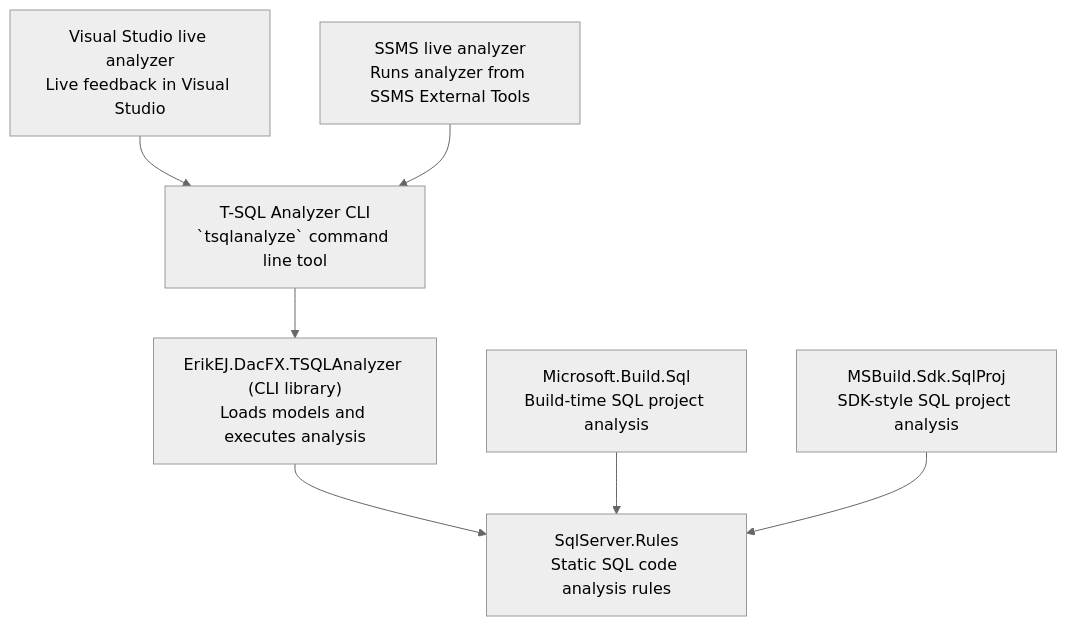
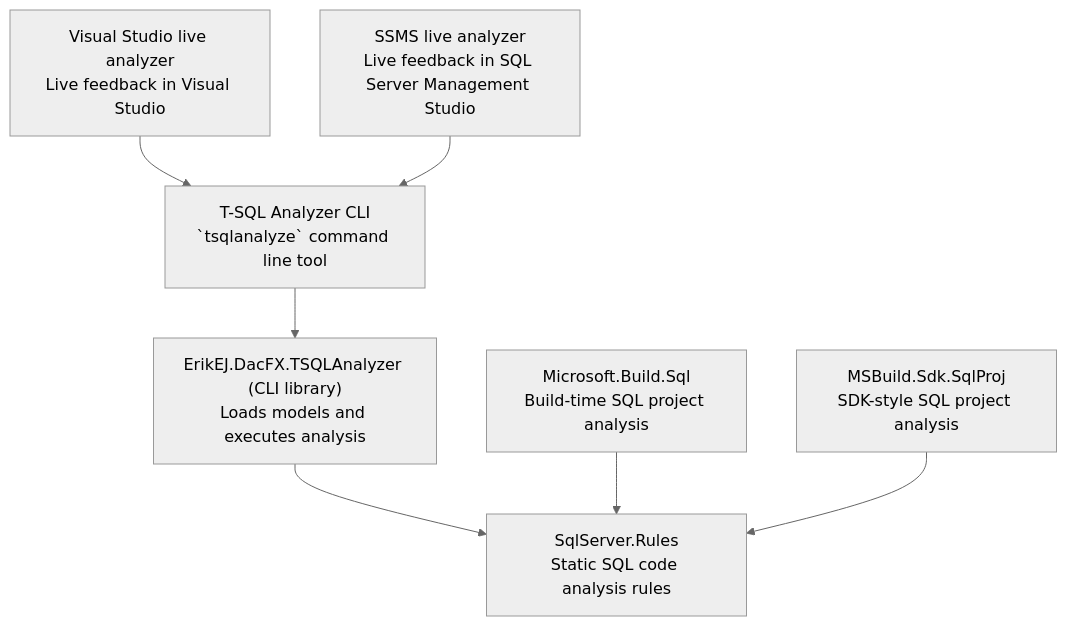
Before and after one commit to ErikEJ/SqlServer.Rules: the diagram in README.md, drawn with Mermaid (neutral theme).

Commit message:
Potential fix for pull request finding

````diff
--- a/README.md
+++ b/README.md
@@ -20,17 +20,17 @@
 ```mermaid
 flowchart TD
     VS["Visual Studio live analyzer<br/>Live feedback in Visual Studio"]
-    SSMS["SSMS live analyzer<br/>Runs analyzer from SSMS External Tools"]
+    SSMS["SSMS live analyzer<br/>Live feedback in SQL Server Management Studio"]
     CLI["T-SQL Analyzer CLI<br/>`tsqlanalyze` command line tool"]
     CLILIB["ErikEJ.DacFX.TSQLAnalyzer (CLI library)<br/>Loads models and executes analysis"]
     MBSQL["Microsoft.Build.Sql<br/>Build-time SQL project analysis"]
     SQLPROJ["MSBuild.Sdk.SqlProj<br/>SDK-style SQL project analysis"]
     RULES["SqlServer.Rules<br/>Static SQL code analysis rules"]
 
     VS --> CLI
     SSMS --> CLI
     CLI --> CLILIB
     CLILIB --> RULES
     MBSQL --> RULES
     SQLPROJ --> RULES
 ```
````
